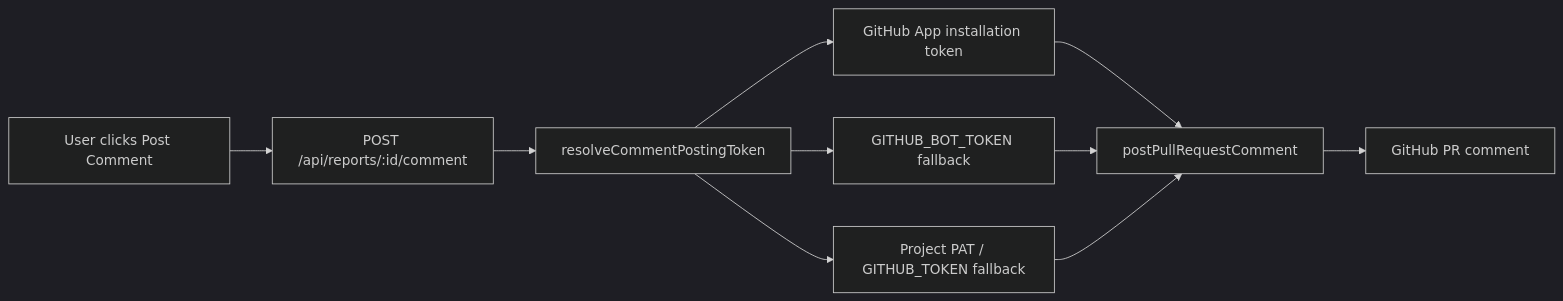
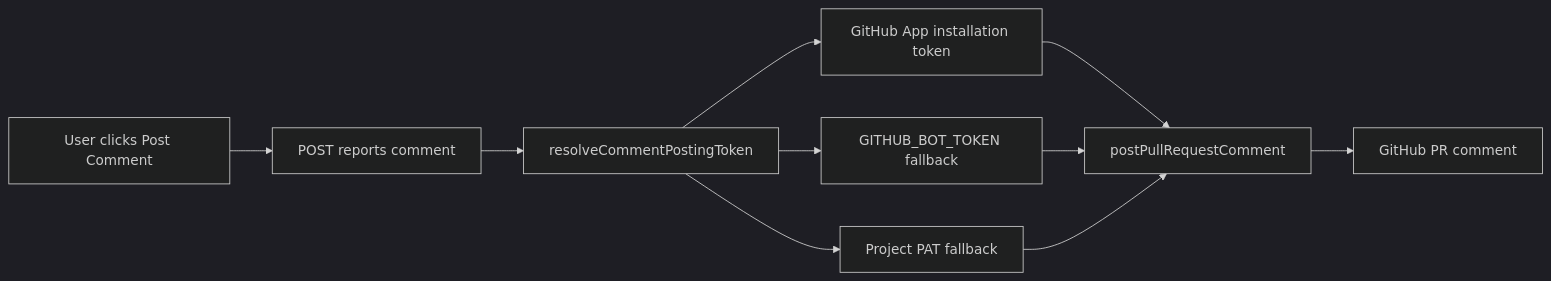
The second of 2 diagrams in README.md (deepraj21/Sentry), drawn with Mermaid (dark theme) before and after one commit. The commit also changed other lines of this file, not shown here.

First line of the commit message:
Fix README Mermaid diagrams for GitHub rendering.

````diff
--- a/README.md
+++ b/README.md
@@ -97,12 +97,12 @@
 ```mermaid
 flowchart LR
-  user[User clicks Post Comment] --> api[POST /api/reports/:id/comment]
+  user[User clicks Post Comment] --> api["POST reports comment"]
   api --> token[resolveCommentPostingToken]
   token --> app[GitHub App installation token]
   token --> bot[GITHUB_BOT_TOKEN fallback]
-  token --> pat[Project PAT / GITHUB_TOKEN fallback]
+  token --> pat[Project PAT fallback]
   app --> post[postPullRequestComment]
   bot --> post
   pat --> post
   post --> gh[GitHub PR comment]
 ```
````
